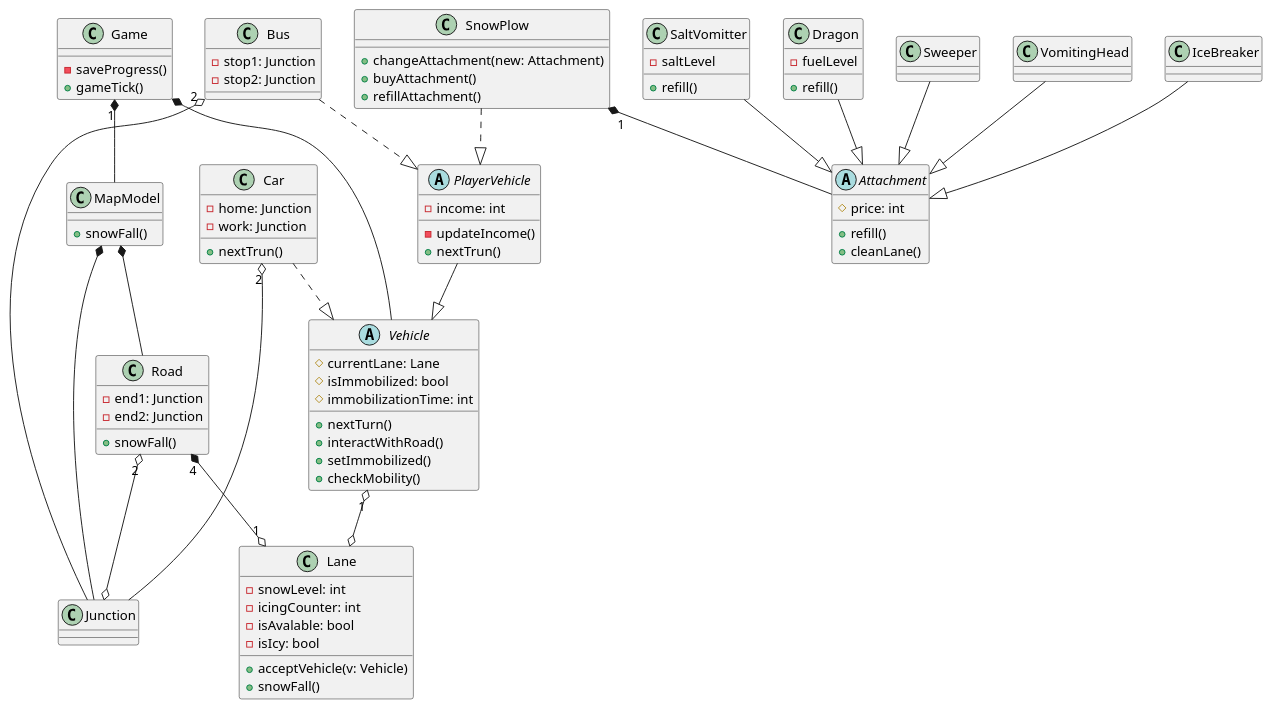
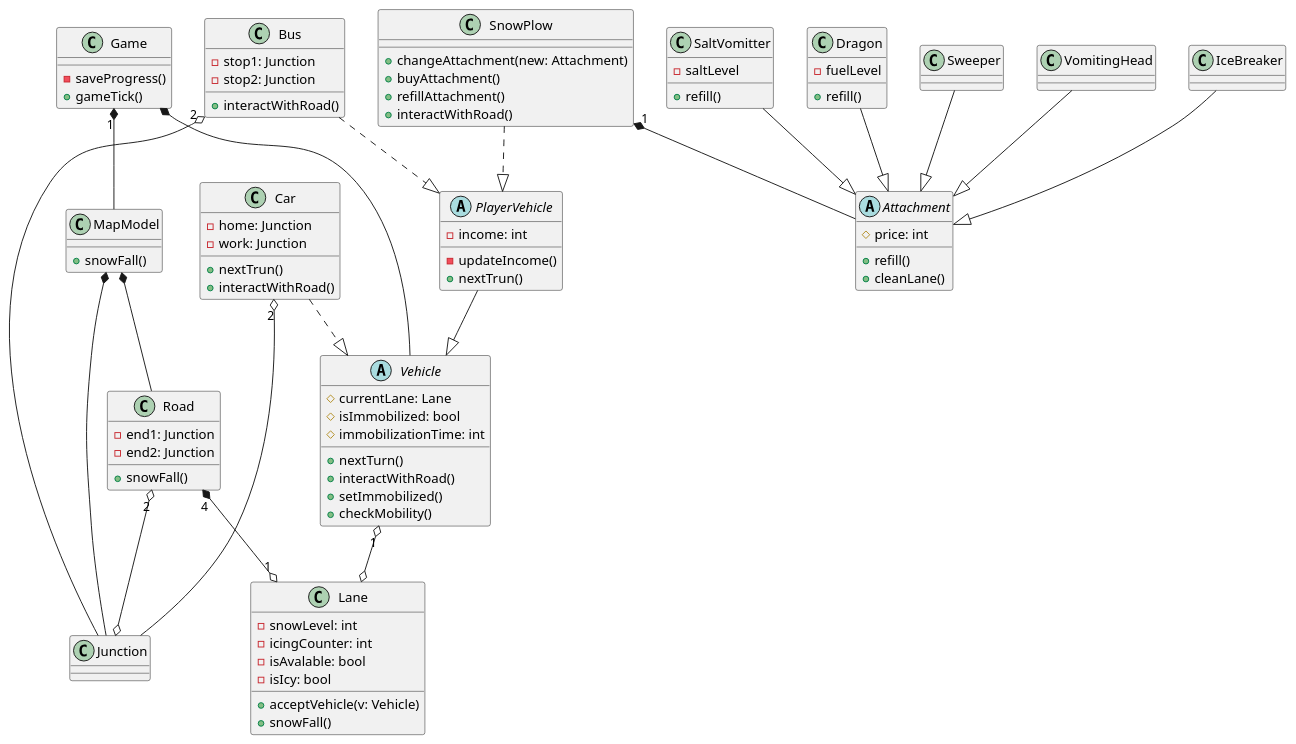
The diagram in docs/diagrams/class-diagram.puml (toth-andor/UneNotteANapoli), drawn with PlantUML before and after one commit.

Commit message:
include missing updates from last commit

```diff
--- a/docs/diagrams/class-diagram.puml
+++ b/docs/diagrams/class-diagram.puml
@@ -1,120 +1,123 @@
 @startuml class-diagram
 
 
 abstract Vehicle {
   # currentLane: Lane
   # isImmobilized: bool
   # immobilizationTime: int
 
   + nextTurn()
   + interactWithRoad()
   + setImmobilized()
   + checkMobility()
 }
 
 abstract PlayerVehicle {
     - income: int
     - updateIncome()
     + nextTrun()
 }
 
 class Bus {
   - stop1: Junction
   - stop2: Junction
+  + interactWithRoad()
 }
 
 class SnowPlow {
   + changeAttachment(new: Attachment)
   + buyAttachment()
   + refillAttachment()
+  + interactWithRoad()
 }
 
 class Car {
   - home: Junction
   - work: Junction
   + nextTrun()
+  + interactWithRoad()
 }
 
 abstract Attachment {
   # price: int
 
   + refill()
   + cleanLane()
   
 }
 
 class Dragon {
   - fuelLevel
   + refill()
 }
 class Sweeper
 class VomitingHead
 class IceBreaker
 class SaltVomitter {
   - saltLevel
   + refill()
 }
 
 
 class Road {
   - end1: Junction
   - end2: Junction
   + snowFall()
 }
 
 class Lane {
   - snowLevel: int
   - icingCounter: int
   - isAvalable: bool
   - isIcy: bool
   + acceptVehicle(v: Vehicle)
   + snowFall()
   
 }
 
 class Junction
 
 class MapModel {
   + snowFall()
 }
 
 class Game {
   - saveProgress()
   + gameTick()
 }
 
 
 Road "4"*--o "1" Lane 
 
 
 
 PlayerVehicle --|> Vehicle
 Bus ..|> PlayerVehicle 
 SnowPlow ..|> PlayerVehicle
 Car ..|> Vehicle
 
 Dragon --|> Attachment
 Sweeper --|> Attachment
 VomitingHead --|> Attachment
 IceBreaker --|> Attachment
 SaltVomitter --|> Attachment
 
 SnowPlow "1"*-- Attachment
 
 
 Road "2" o--o Junction
 
 MapModel *-- Road
 MapModel *-- Junction
 
 Game "1"*-- MapModel
 Game *-- Vehicle
 
 Vehicle "1" o--o Lane
 
 Bus "2" o-- Junction
 Car "2" o-- Junction
 
 
 
 @enduml
```
